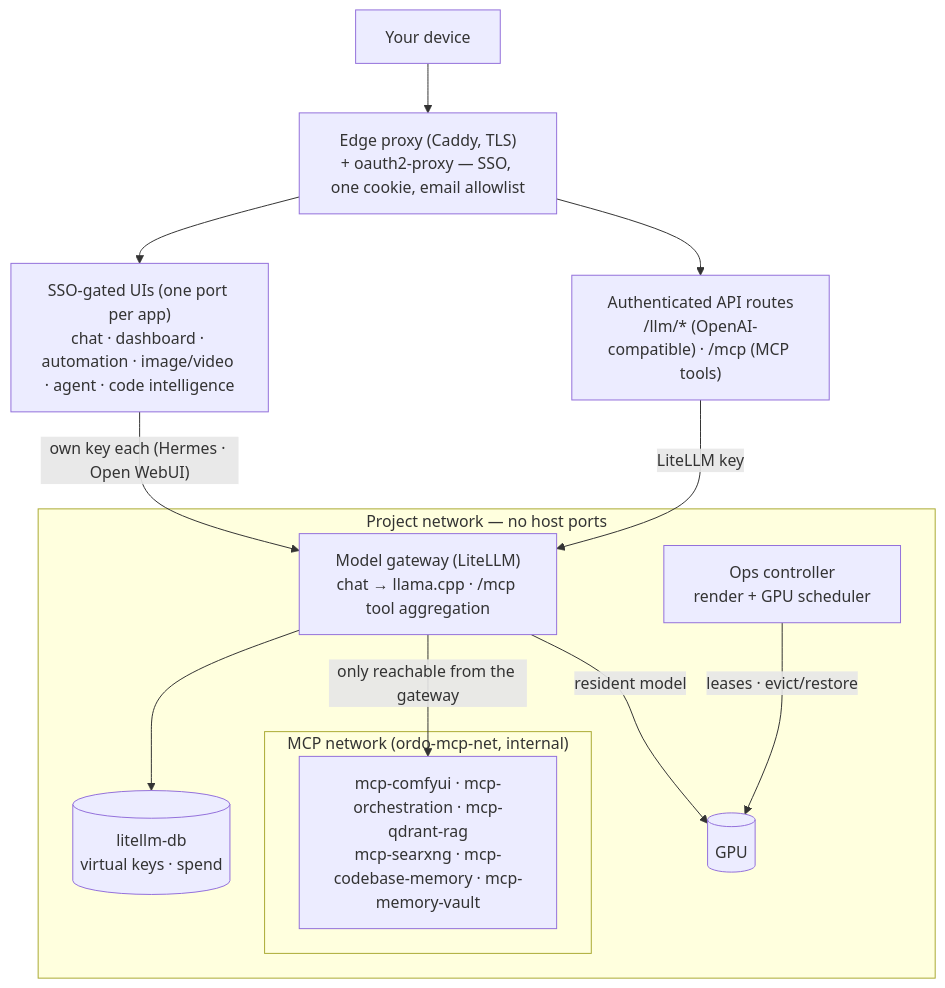
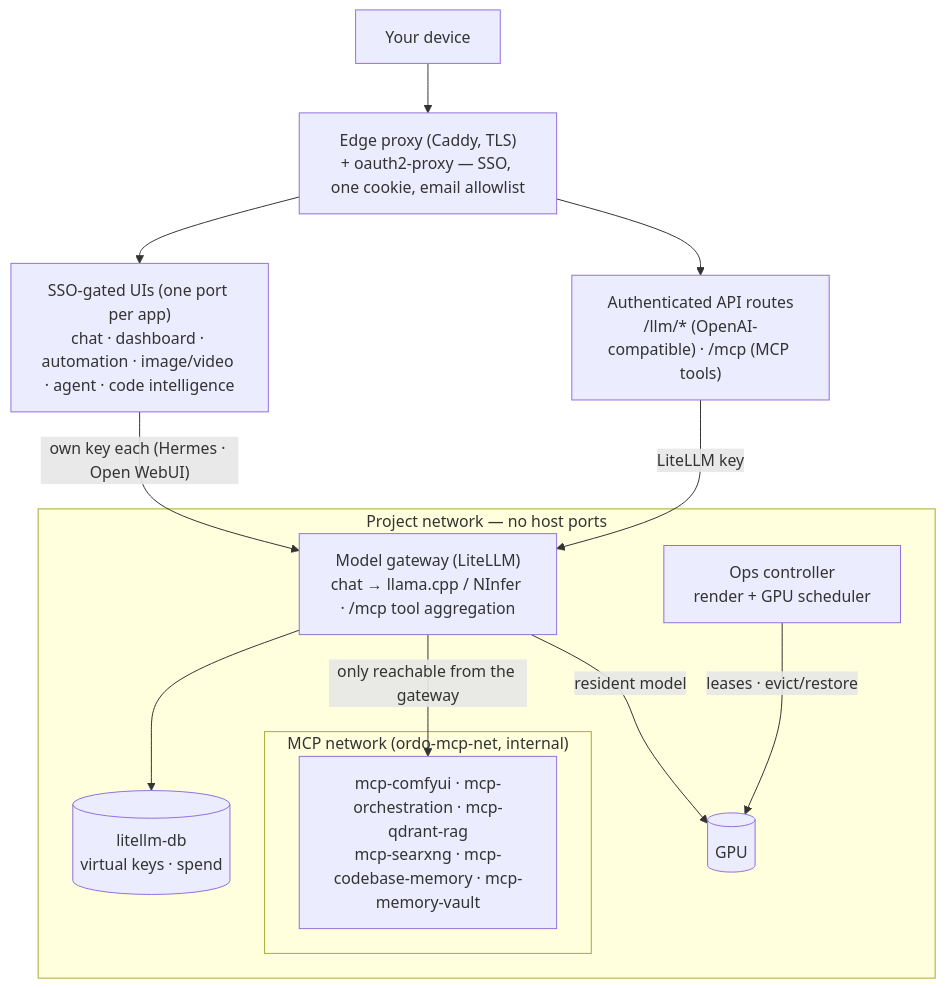
The second of 2 diagrams in README.md (AlienWalker1995/Ordo-AI-Stack), drawn with Mermaid before and after one commit. The commit also changed other lines of this file and 1 other file, not shown here.

Commit message:
docs(readme): add Roman galea hero banner, badges, and correct the chat inference engine (llama.cpp or NInfer)

````diff
--- a/README.md
+++ b/README.md
@@ -127,21 +133,21 @@
 ```mermaid
 flowchart TB
     U["Your device"] --> E["Edge proxy (Caddy, TLS)<br/>+ oauth2-proxy — SSO, one cookie, email allowlist"]
     E --> UIs["SSO-gated UIs (one port per app)<br/>chat · dashboard · automation · image/video · agent · code intelligence"]
     E --> API["Authenticated API routes<br/>/llm/* (OpenAI-compatible) · /mcp (MCP tools)"]
     subgraph internal["Project network — no host ports"]
-        MG["Model gateway (LiteLLM)<br/>chat → llama.cpp · /mcp tool aggregation"]
+        MG["Model gateway (LiteLLM)<br/>chat → llama.cpp / NInfer · /mcp tool aggregation"]
         DB[("litellm-db<br/>virtual keys · spend")]
         OPS["Ops controller<br/>render + GPU scheduler"]
         GPU[("GPU")]
         subgraph mcpnet["MCP network (ordo-mcp-net, internal)"]
             MCPS["mcp-comfyui · mcp-orchestration · mcp-qdrant-rag<br/>mcp-searxng · mcp-codebase-memory · mcp-memory-vault"]
         end
     end
     UIs -- "own key each (Hermes · Open WebUI)" --> MG
     API -- "LiteLLM key" --> MG
     MG --> DB
     MG -- "only reachable from the gateway" --> MCPS
     OPS -- "leases · evict/restore" --> GPU
     MG -- "resident model" --> GPU
 ```
````
